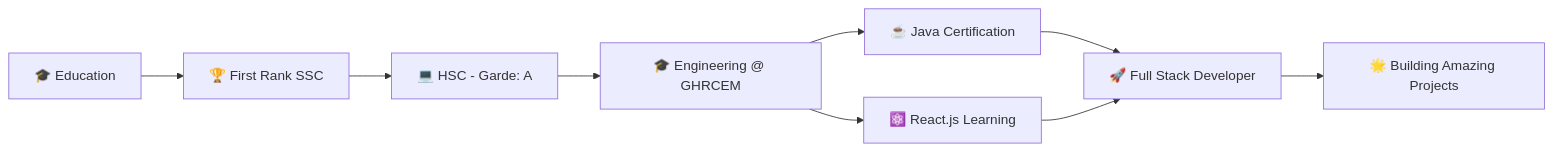
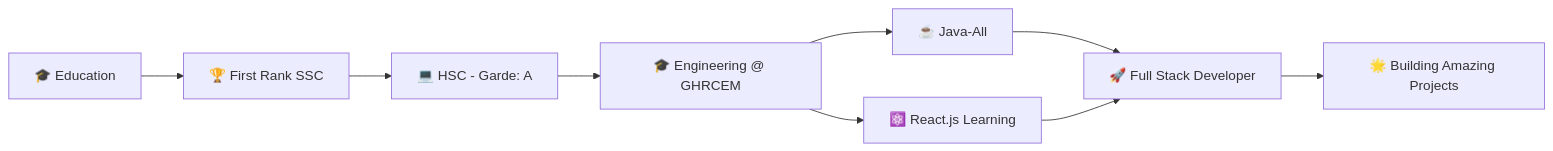
The diagram in README.md (SamirShaikh03/SamirShaikh03), drawn with Mermaid before and after one commit.

````diff
--- a/README.md
+++ b/README.md
@@ -233,11 +233,11 @@
 ```mermaid
 graph LR
     A[🎓 Education] --> B[🏆 First Rank SSC]
     B --> C[💻 HSC - Garde: A]
     C --> D[🎓 Engineering @ GHRCEM]
-    D --> E[☕ Java Certification]
+    D --> E[☕ Java-All]
     D --> F[⚛️ React.js Learning]
     E --> G[🚀 Full Stack Developer]
     F --> G
     G --> H[🌟 Building Amazing Projects]
 ```
````
